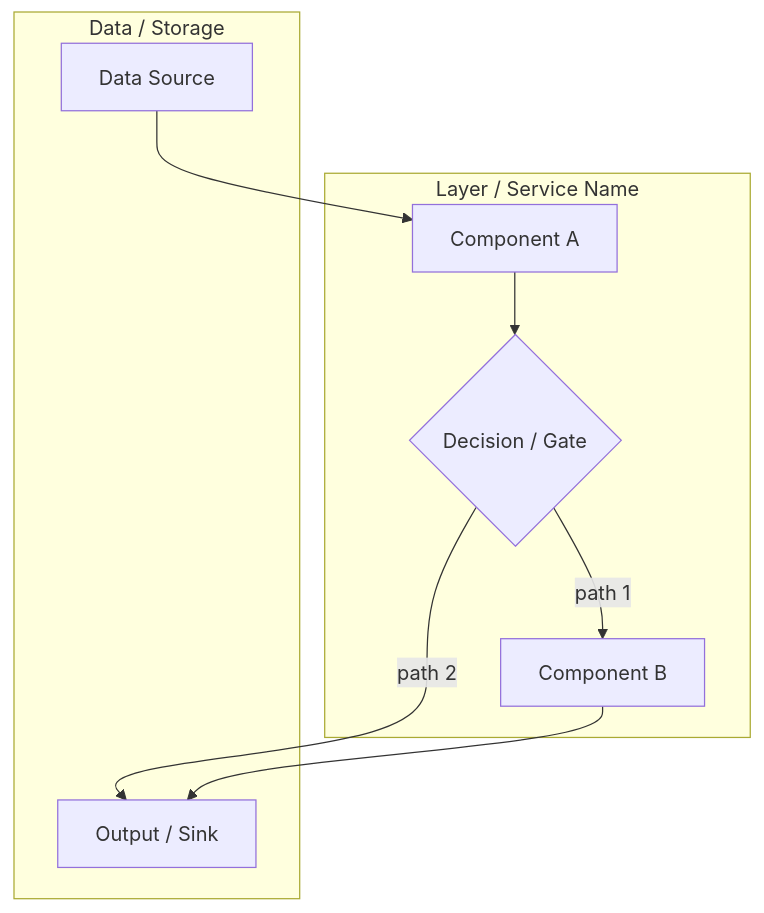
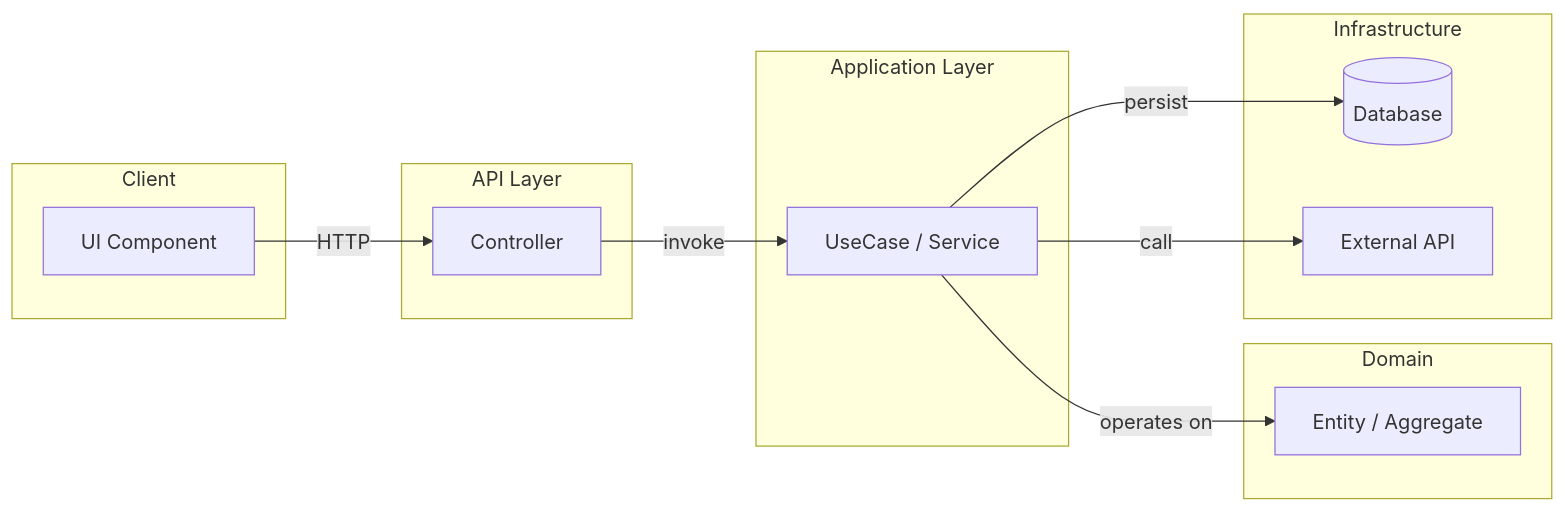
Before and after one commit to eduardodidio/claude-didio-config: the diagram in docs/diagrams/templates/architecture.mmd, drawn with Mermaid. The commit also changed 8 other files, not shown here.

```diff
--- a/docs/diagrams/templates/architecture.mmd
+++ b/docs/diagrams/templates/architecture.mmd
@@ -1,17 +1,32 @@
-%% Architecture diagram template
-%% Replace placeholders with actual component names and relationships.
-flowchart TB
-    subgraph Layer1["Layer / Service Name"]
-        A["Component A"]
-        B["Component B"]
-        C{"Decision / Gate"}
+%% Architecture diagram template for a didio feature.
+%% Rename to <FXX>-architecture.mmd when you copy it into docs/diagrams/.
+%% Show: which layers/modules this feature touches, and how data flows
+%% between them. Use subgraphs to make layers explicit.
+
+flowchart LR
+    subgraph Client["Client"]
+        UI["UI Component"]
     end
-    subgraph Layer2["Data / Storage"]
-        D["Data Source"]
-        E["Output / Sink"]
+
+    subgraph API["API Layer"]
+        CTRL["Controller"]
     end
-    D --> A
-    A --> C
-    C -->|path 1| B
-    C -->|path 2| E
-    B --> E
+
+    subgraph App["Application Layer"]
+        UC["UseCase / Service"]
+    end
+
+    subgraph Domain["Domain"]
+        ENT["Entity / Aggregate"]
+    end
+
+    subgraph Infra["Infrastructure"]
+        DB[("Database")]
+        EXT["External API"]
+    end
+
+    UI -->|HTTP| CTRL
+    CTRL -->|invoke| UC
+    UC -->|operates on| ENT
+    UC -->|persist| DB
+    UC -->|call| EXT
```
